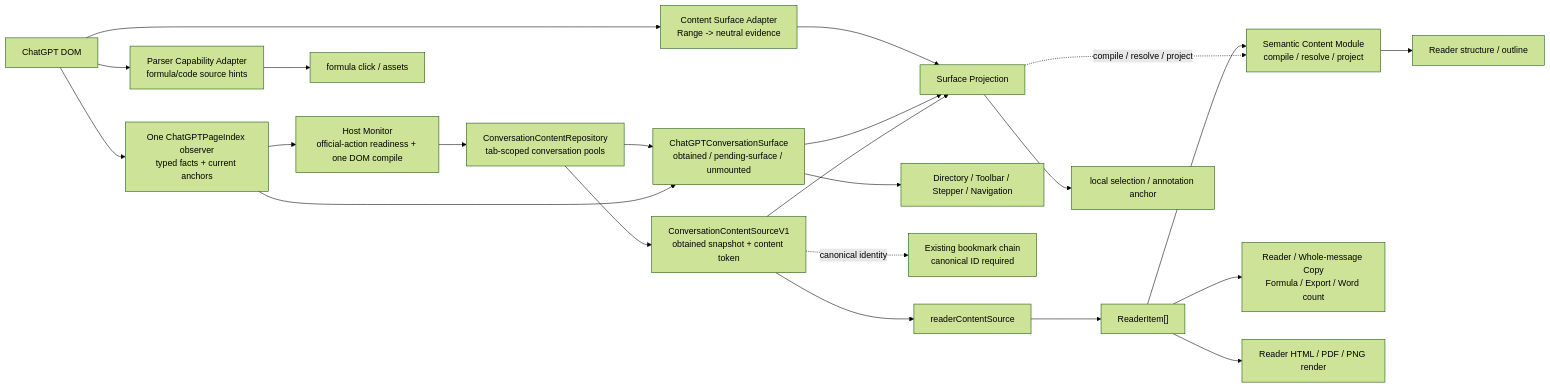
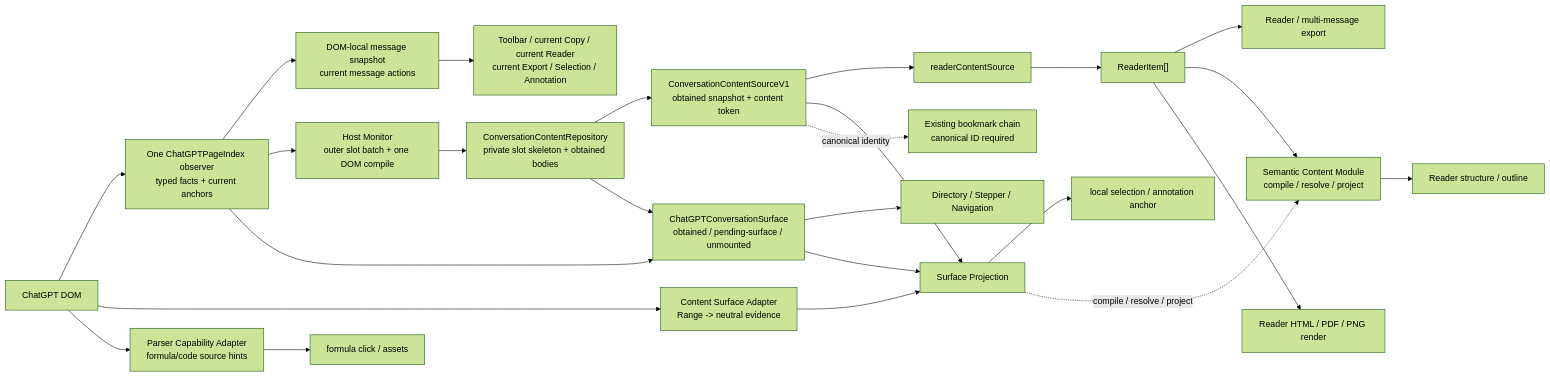
One commit to zhaoliangbin42/AI-MarkDone changed the diagram in docs/architecture/BLUEPRINT.md. Above: the diagram before and after it, drawn with Mermaid (forest theme). The commit also changed other lines of this file and 46 other files, not shown here.

````diff
--- a/docs/architecture/BLUEPRINT.md
+++ b/docs/architecture/BLUEPRINT.md
@@ -103,38 +109,41 @@
 ```mermaid
 flowchart LR
     DOM["ChatGPT DOM"]
     PageIndex["One ChatGPTPageIndex observer<br/>typed facts + current anchors"]
-    Monitor["Host Monitor<br/>official-action readiness + one DOM compile"]
-    Session["ConversationContentRepository<br/>tab-scoped conversation pools"]
+    LocalMessage["DOM-local message snapshot<br/>current message actions"]
+    Monitor["Host Monitor<br/>outer slot batch + one DOM compile"]
+    Session["ConversationContentRepository<br/>private slot skeleton + obtained bodies"]
     ContentPort["ConversationContentSourceV1<br/>obtained snapshot + content token"]
     ConversationSurface["ChatGPTConversationSurface<br/>obtained / pending-surface / unmounted"]
     Semantic["Semantic Content Module<br/>compile / resolve / project"]
     ReaderSource["readerContentSource"]
     ReaderItems["ReaderItem[]"]
-    Body["Reader / Whole-message Copy<br/>Formula / Export / Word count"]
-    SurfaceConsumers["Directory / Toolbar / Stepper / Navigation"]
+    Body["Reader / multi-message export"]
+    LocalActions["Toolbar / current Copy / current Reader<br/>current Export / Selection / Annotation"]
+    SurfaceConsumers["Directory / Stepper / Navigation"]
     Bookmark["Existing bookmark chain<br/>canonical ID required"]
     Structure["Reader structure / outline"]
     Render["Reader HTML / PDF / PNG render"]
 
     SurfaceAdapter["Content Surface Adapter<br/>Range -> neutral evidence"]
     SurfaceProjection["Surface Projection"]
     ParserAdapter["Parser Capability Adapter<br/>formula/code source hints"]
     Formula["formula click / assets"]
     Selection["local selection / annotation anchor"]
-    DOM --> PageIndex --> Monitor --> Session
+    DOM --> PageIndex --> LocalMessage --> LocalActions
+    PageIndex --> Monitor --> Session
     Session --> ContentPort
     Session --> ConversationSurface
     PageIndex --> ConversationSurface
     ConversationSurface --> SurfaceConsumers
     ContentPort --> ReaderSource --> ReaderItems
     ReaderItems --> Body
     ReaderItems --> Semantic --> Structure
     ReaderItems --> Render
     DOM --> SurfaceAdapter --> SurfaceProjection
     ConversationSurface --> SurfaceProjection
     ContentPort --> SurfaceProjection --> Selection
     SurfaceProjection -. "compile / resolve / project" .-> Semantic
     DOM --> ParserAdapter --> Formula
     ContentPort -. "canonical identity" .-> Bookmark
 ```
````
